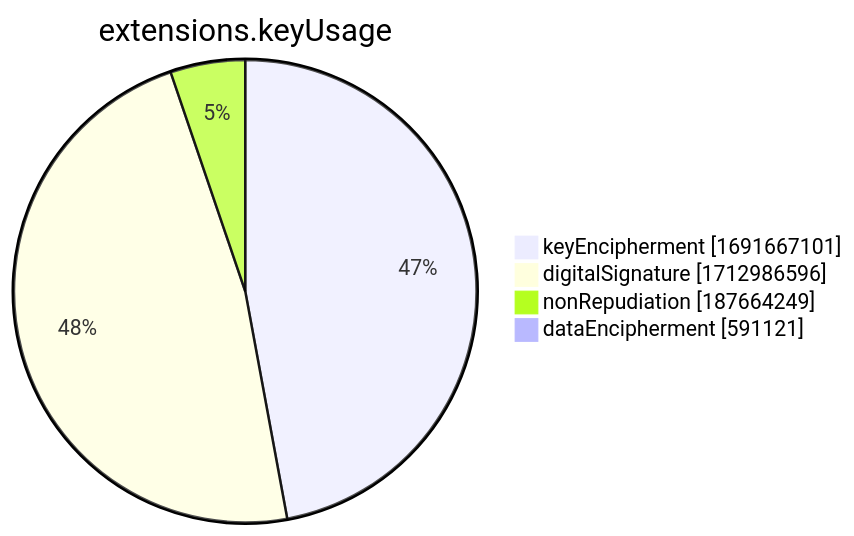
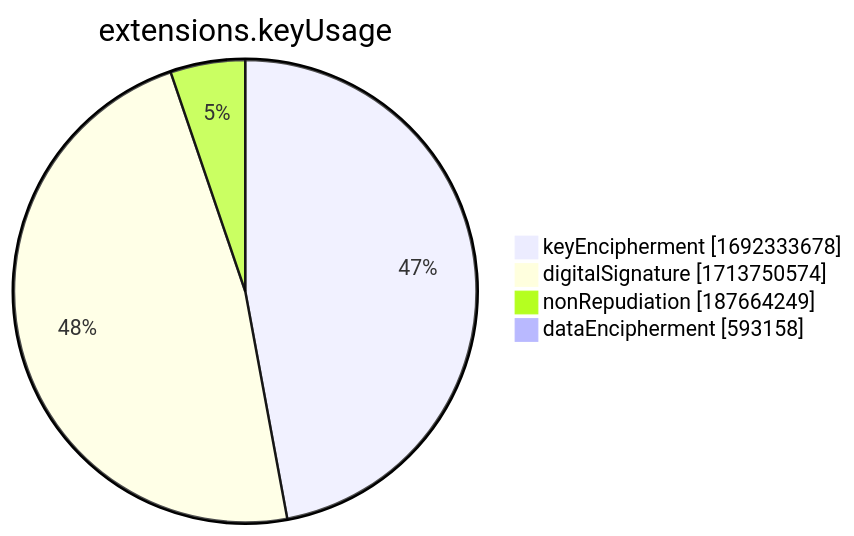
Before and after one commit to christiankrug/ctmonitor_visualization: the seventh of 15 diagrams in xenon2022/README.md, drawn with Mermaid. The commit also changed other lines of this file, not shown here.

````diff
--- a/xenon2022/README.md
+++ b/xenon2022/README.md
@@ -2858,8 +2858,8 @@
 ```mermaid
 pie showData
 title extensions.keyUsage
-"keyEncipherment" :1691667101
-"digitalSignature" :1712986596
+"keyEncipherment" :1692333678
+"digitalSignature" :1713750574
 "nonRepudiation" :187664249
-"dataEncipherment" :591121
+"dataEncipherment" :593158
 ```
````
